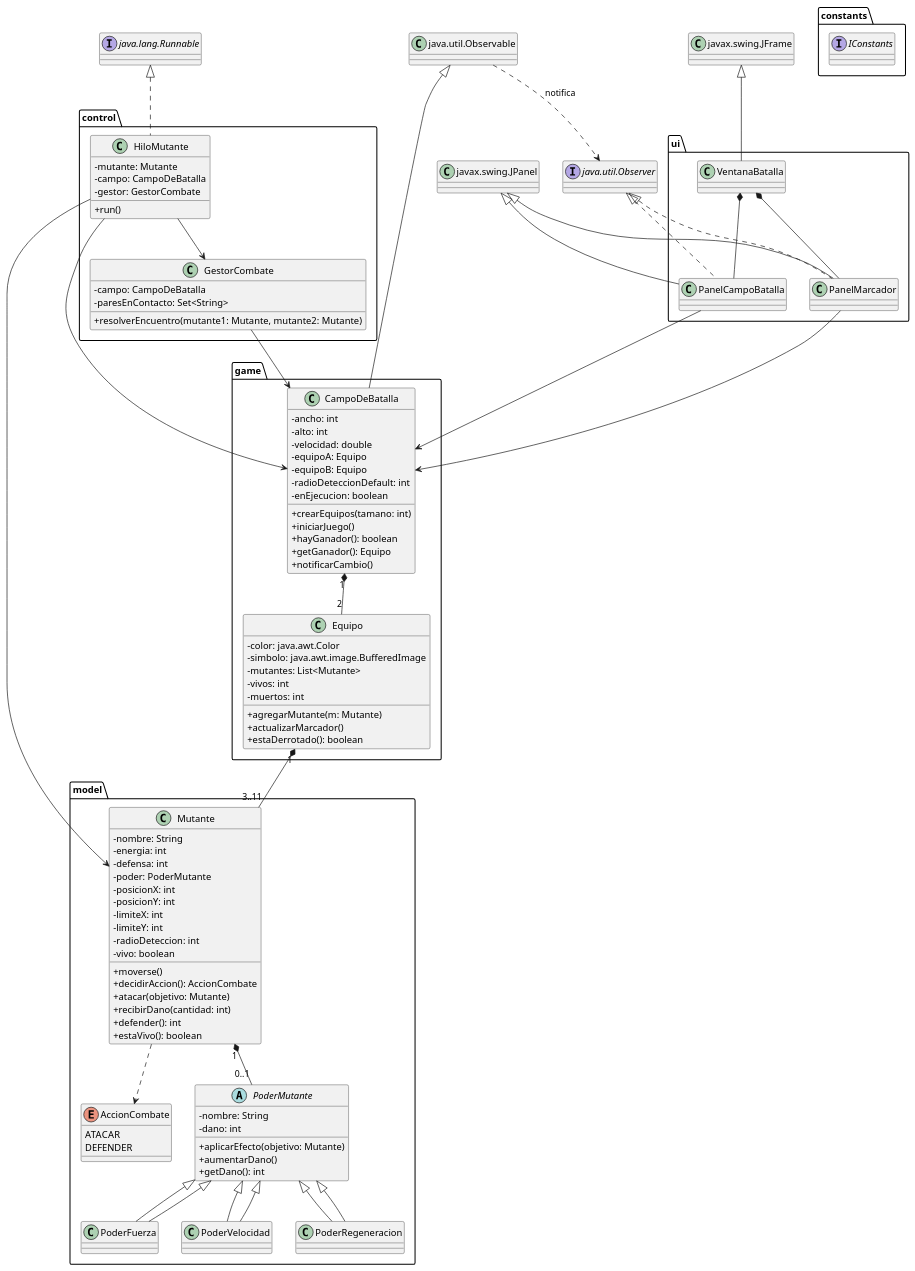
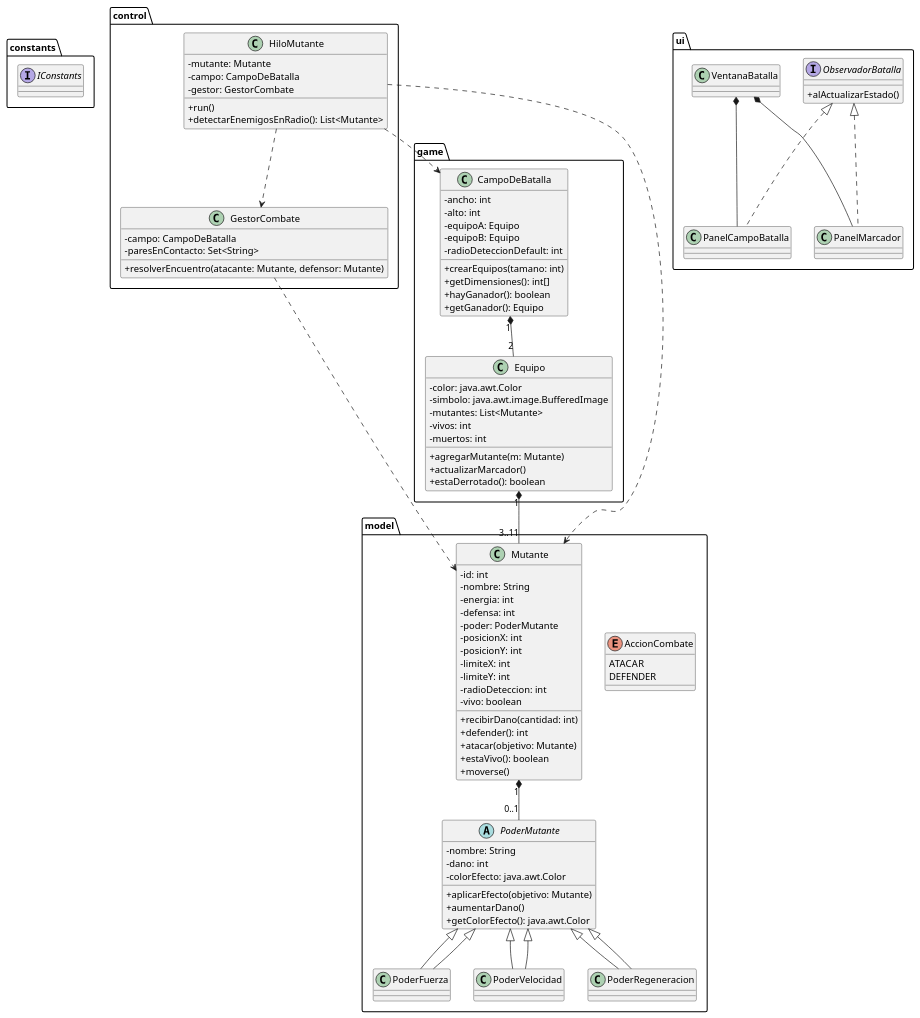
One commit to ChiefPat04/POO changed the diagram in CASOS/README.md. Above: the diagram before and after it, drawn with PlantUML. The commit also changed other lines of this file and 1 other file, not shown here.

Commit message:
docs: actualizar README y agregar diagrama UML del proyecto

```diff
--- a/CASOS/README.md
+++ b/CASOS/README.md
@@ -184,9 +153,10 @@
   abstract class PoderMutante {
     -nombre: String
     -dano: int
+    -colorEfecto: java.awt.Color
     +aplicarEfecto(objetivo: Mutante)
     +aumentarDano()
-    +getDano(): int
+    +getColorEfecto(): java.awt.Color
   }
 
   class PoderFuerza extends PoderMutante
@@ -194,6 +164,7 @@
   class PoderRegeneracion extends PoderMutante
 
   class Mutante {
+    -id: int
     -nombre: String
     -energia: int
     -defensa: int
@@ -204,12 +175,11 @@
     -limiteY: int
     -radioDeteccion: int
     -vivo: boolean
-    +moverse()
-    +decidirAccion(): AccionCombate
-    +atacar(objetivo: Mutante)
     +recibirDano(cantidad: int)
     +defender(): int
+    +atacar(objetivo: Mutante)
     +estaVivo(): boolean
+    +moverse()
   }
 }
 
@@ -228,16 +198,13 @@
   class CampoDeBatalla {
     -ancho: int
     -alto: int
-    -velocidad: double
     -equipoA: Equipo
     -equipoB: Equipo
     -radioDeteccionDefault: int
-    -enEjecucion: boolean
     +crearEquipos(tamano: int)
-    +iniciarJuego()
+    +getDimensiones(): int[]
     +hayGanador(): boolean
     +getGanador(): Equipo
-    +notificarCambio()
   }
 }
 
@@ -247,52 +214,41 @@
     -campo: CampoDeBatalla
     -gestor: GestorCombate
     +run()
+    +detectarEnemigosEnRadio(): List<Mutante>
   }
 
   class GestorCombate {
     -campo: CampoDeBatalla
     -paresEnContacto: Set<String>
-    +resolverEncuentro(mutante1: Mutante, mutante2: Mutante)
+    +resolverEncuentro(atacante: Mutante, defensor: Mutante)
   }
 }
 
 package ui {
+  interface ObservadorBatalla {
+    +alActualizarEstado()
+  }
+
   class VentanaBatalla
   class PanelCampoBatalla
   class PanelMarcador
 }
-
-class "java.util.Observable" as Observable
-interface "java.util.Observer" as Observer
-interface "java.lang.Runnable" as Runnable
-class "javax.swing.JFrame" as JFrame
-class "javax.swing.JPanel" as JPanel
 
 PoderMutante <|-- PoderFuerza
 PoderMutante <|-- PoderVelocidad
 PoderMutante <|-- PoderRegeneracion
 
 Mutante "1" *-- "0..1" PoderMutante
-Mutante ..> AccionCombate
 Equipo "1" *-- "3..11" Mutante
 CampoDeBatalla "1" *-- "2" Equipo
-Observable <|-- CampoDeBatalla
 
-Runnable <|.. HiloMutante
-HiloMutante --> Mutante
-HiloMutante --> CampoDeBatalla
-HiloMutante --> GestorCombate
-GestorCombate --> CampoDeBatalla
+HiloMutante ..> Mutante
+HiloMutante ..> CampoDeBatalla
+HiloMutante ..> GestorCombate
+GestorCombate ..> Mutante
 
-JFrame <|-- VentanaBatalla
-JPanel <|-- PanelCampoBatalla
-JPanel <|-- PanelMarcador
-Observer <|.. PanelCampoBatalla
-Observer <|.. PanelMarcador
-
+ObservadorBatalla <|.. PanelCampoBatalla
+ObservadorBatalla <|.. PanelMarcador
 VentanaBatalla *-- PanelCampoBatalla
 VentanaBatalla *-- PanelMarcador
-PanelCampoBatalla --> CampoDeBatalla
-PanelMarcador --> CampoDeBatalla
-Observable ..> Observer : notifica
 @enduml
```
